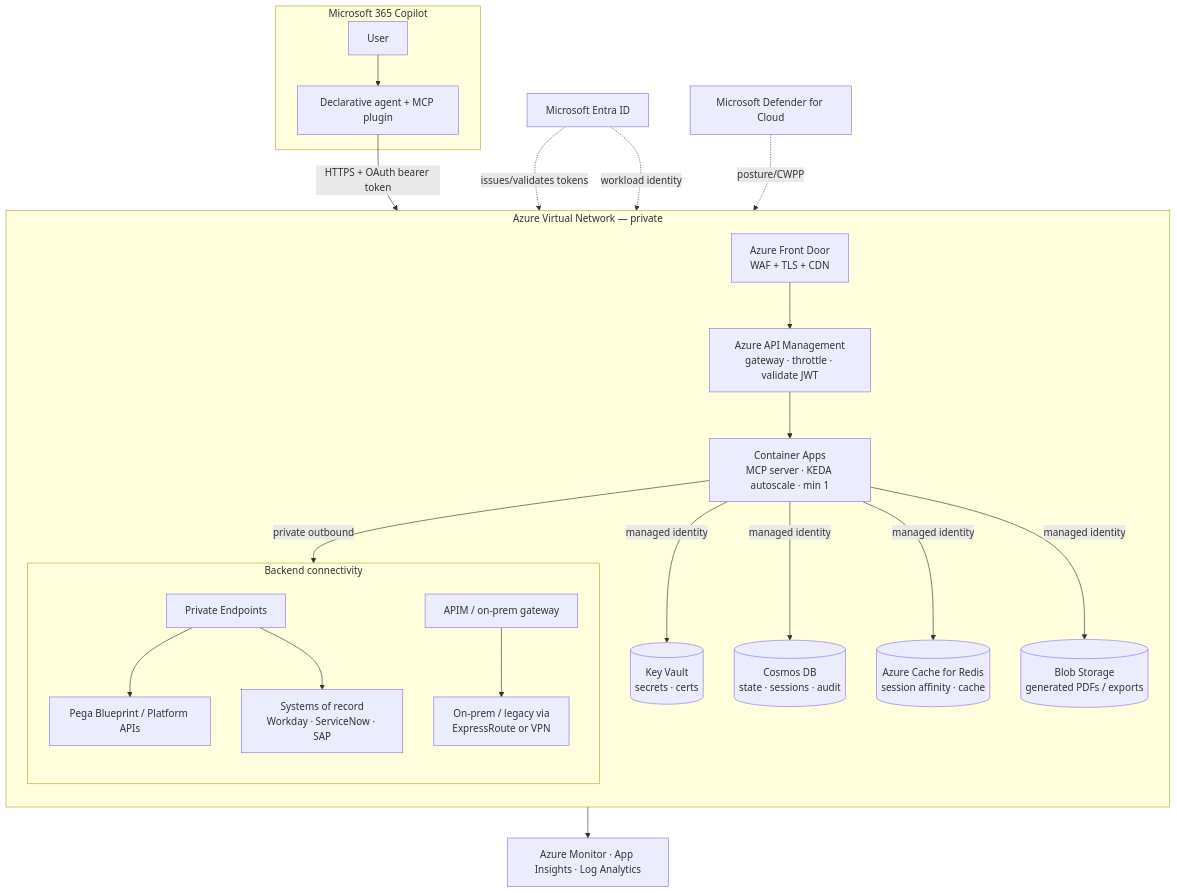
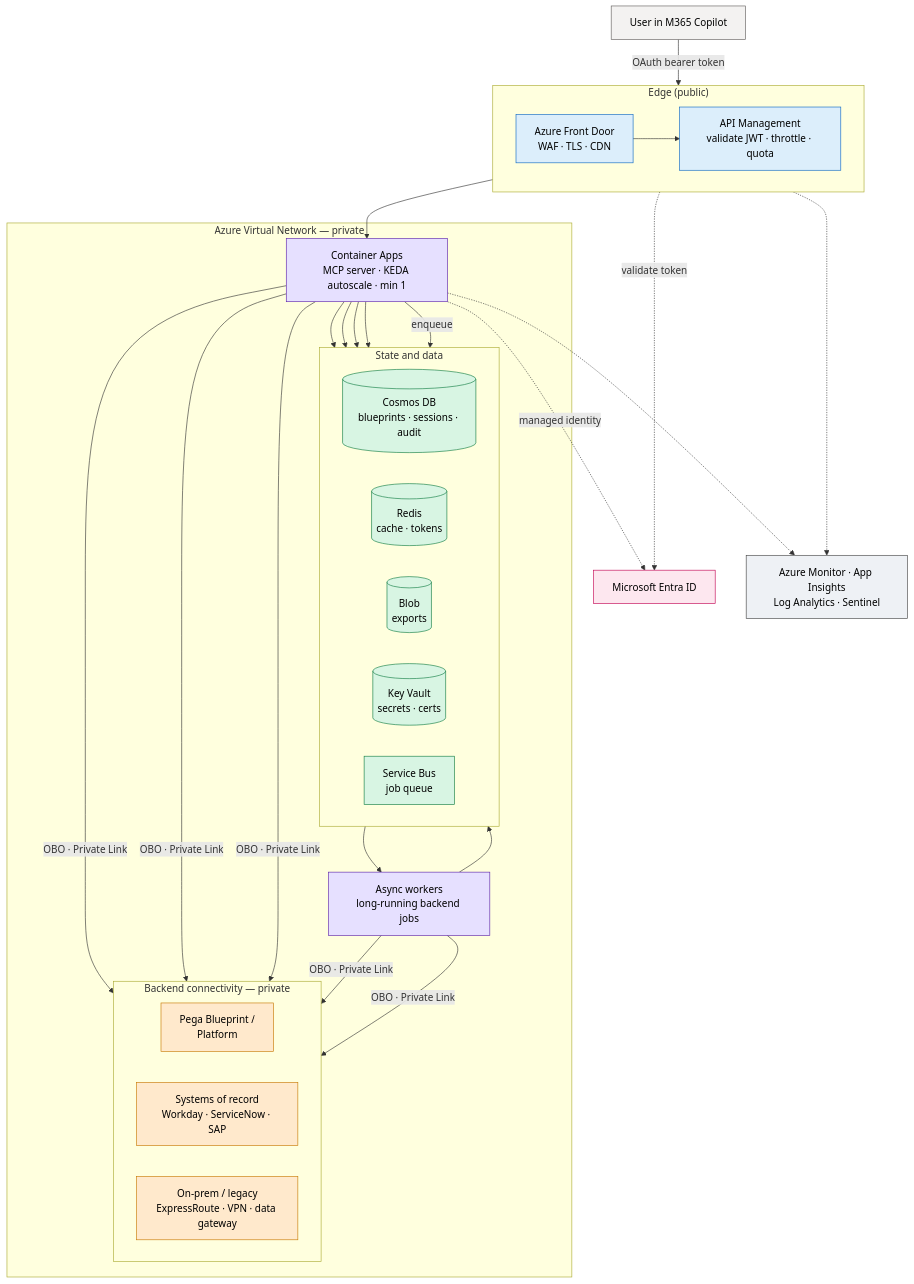
One commit to james-tn/copilot-mcp-app-blueprint changed the first of 5 diagrams in docs/production-architecture.md. Above: the diagram before and after it, drawn with Mermaid. The commit also changed other lines of this file and 1 other file, not shown here.

First line of the commit message:
Production doc: diagrams + ISV multi-tenant marketplace model

````diff
--- a/docs/production-architecture.md
+++ b/docs/production-architecture.md
@@ -20,32 +44,52 @@
 ```mermaid
 flowchart TB
-    subgraph M365[Microsoft 365 Copilot]
-      U[User] --> DA[Declarative agent + MCP plugin]
+    U["User in M365 Copilot"]:::ext
+
+    subgraph EDGE["Edge (public)"]
+      direction LR
+      FD["Azure Front Door<br/>WAF · TLS · CDN"]:::edge
+      APIM["API Management<br/>validate JWT · throttle · quota"]:::edge
     end
 
-    DA -->|HTTPS + OAuth bearer token| FD[Azure Front Door<br/>WAF + TLS + CDN]
+    subgraph VNET["Azure Virtual Network — private"]
+      ACA["Container Apps<br/>MCP server · KEDA autoscale · min 1"]:::compute
+      WORK["Async workers<br/>long-running backend jobs"]:::compute
 
-    subgraph VNET[Azure Virtual Network — private]
-      direction TB
-      FD --> APIM[Azure API Management<br/>gateway · throttle · validate JWT]
-      APIM --> ACA[Container Apps<br/>MCP server · KEDA autoscale · min 1]
+      subgraph DATA["State and data"]
+        direction LR
+        COSMOS[("Cosmos DB<br/>blueprints · sessions · audit")]:::data
+        REDIS[("Redis<br/>cache · tokens")]:::data
+        BLOB[("Blob<br/>exports")]:::data
+        KV[("Key Vault<br/>secrets · certs")]:::data
+        SB["Service Bus<br/>job queue"]:::data
+      end
 
-      ACA -->|managed identity| KV[(Key Vault<br/>secrets · certs)]
-      ACA -->|managed identity| COSMOS[(Cosmos DB<br/>state · sessions · audit)]
-      ACA -->|managed identity| REDIS[(Azure Cache for Redis<br/>session affinity · cache)]
-      ACA -->|managed identity| BLOB[(Blob Storage<br/>generated PDFs / exports)]
-
-      ACA -->|private outbound| BE
-      subgraph BE[Backend connectivity]
-        direction TB
-        PE[Private Endpoints] --> PEGA[Pega Blueprint / Platform APIs]
-        PE --> SOR[Systems of record<br/>Workday · ServiceNow · SAP]
-        APIMO[APIM / on-prem gateway] --> ONPREM[On-prem / legacy via<br/>ExpressRoute or VPN]
+      subgraph BE["Backend connectivity — private"]
+        direction LR
+        PEGA["Pega Blueprint /<br/>Platform"]:::backend
+        SOR["Systems of record<br/>Workday · ServiceNow · SAP"]:::backend
+        LEG["On-prem / legacy<br/>ExpressRoute · VPN · data gateway"]:::backend
       end
     end
 
-    ACA --> OBS[Azure Monitor · App Insights · Log Analytics]
-    ENTRA[Microsoft Entra ID] -. issues/validates tokens .-> APIM
-    ENTRA -. workload identity .-> ACA
-    DEF[Microsoft Defender for Cloud] -. posture/CWPP .-> VNET
+    ENTRA["Microsoft Entra ID"]:::id
+    OBS["Azure Monitor · App Insights<br/>Log Analytics · Sentinel"]:::obs
+
+    U -->|"OAuth bearer token"| FD --> APIM --> ACA
+    ACA --> COSMOS & REDIS & BLOB & KV
+    ACA -->|enqueue| SB --> WORK --> COSMOS
+    ACA -->|"OBO · Private Link"| PEGA & SOR & LEG
+    WORK -->|"OBO · Private Link"| PEGA & SOR
+    APIM -. "validate token" .-> ENTRA
+    ACA -. "managed identity" .-> ENTRA
+    ACA -.-> OBS
+    APIM -.-> OBS
+
+    classDef ext fill:#f3f2f1,stroke:#605e5c,color:#000
+    classDef edge fill:#dceefb,stroke:#0a66c2,color:#000
+    classDef compute fill:#e6e0ff,stroke:#5a1faa,color:#000
+    classDef data fill:#d8f5e3,stroke:#107c41,color:#000
+    classDef backend fill:#ffe9cc,stroke:#c77700,color:#000
+    classDef id fill:#fde7ef,stroke:#c30052,color:#000
+    classDef obs fill:#eef1f5,stroke:#444,color:#000
 ```
````
